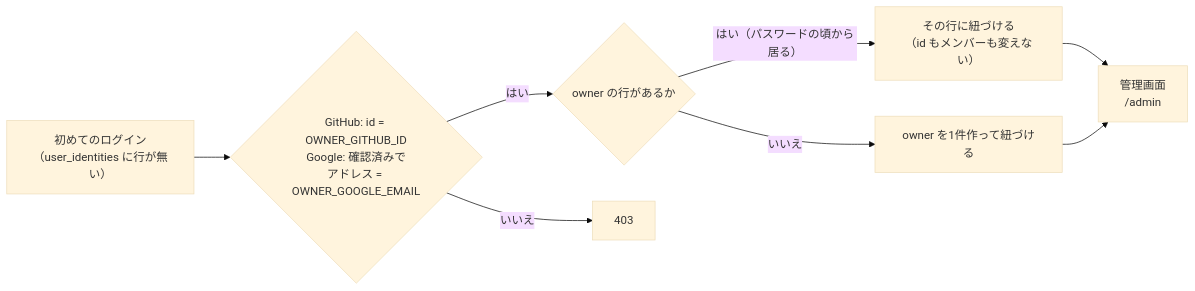
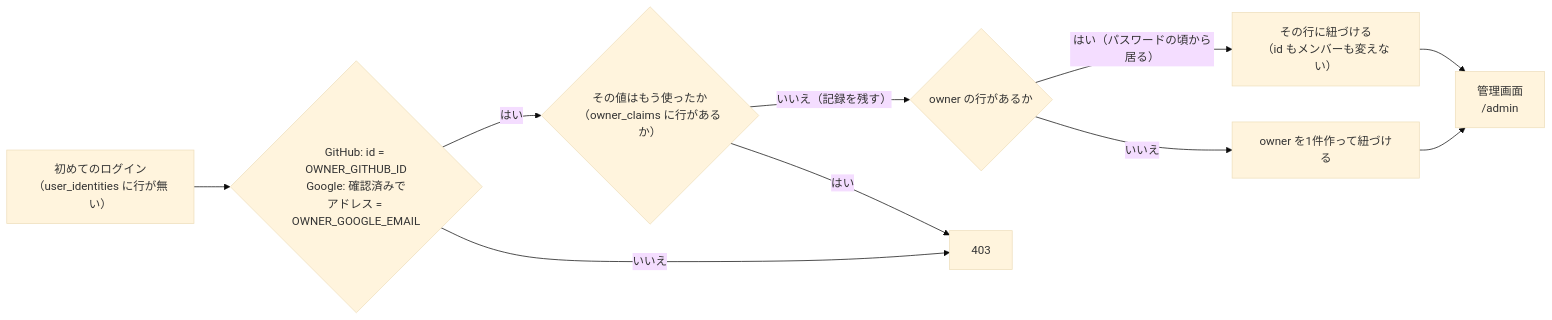
One commit to iam74k4/Web-AstLog changed the fourth of 4 diagrams in docs/flow.md. Above: the diagram before and after it, drawn with Mermaid (base theme). The commit also changed other lines of this file and 56 other files, not shown here.

````diff
--- a/docs/flow.md
+++ b/docs/flow.md
@@ -375,18 +384,21 @@
 ```mermaid
 flowchart LR
     First["初めてのログイン<br>（user_identities に行が無い）"]
     Gate{"GitHub: id = OWNER_GITHUB_ID<br>Google: 確認済みで<br>アドレス = OWNER_GOOGLE_EMAIL"}
+    Used{"その値はもう使ったか<br>（owner_claims に行があるか）"}
     Existing{"owner の行があるか"}
     Keep["その行に紐づける<br>（id もメンバーも変えない）"]
     Create["owner を1件作って紐づける"]
     Admin["管理画面<br>/admin"]
     Refuse["403"]
 
     First --> Gate
-    Gate -->|"はい"| Existing
+    Gate -->|"はい"| Used
+    Used -->|"いいえ（記録を残す）"| Existing
+    Used -->|"はい"| Refuse
     Existing -->|"はい（パスワードの頃から居る）"| Keep
     Existing -->|"いいえ"| Create
     Keep --> Admin
     Create --> Admin
     Gate -->|"いいえ"| Refuse
 ```
````
